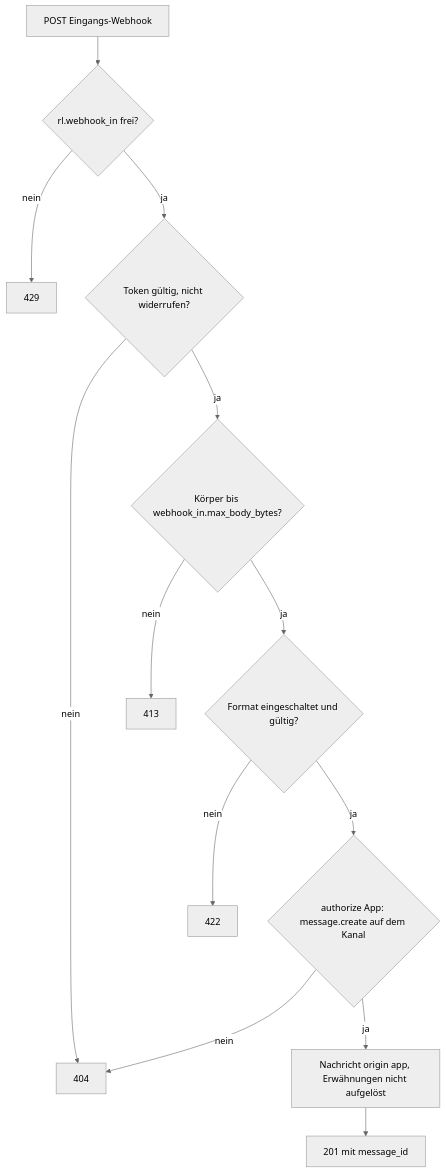
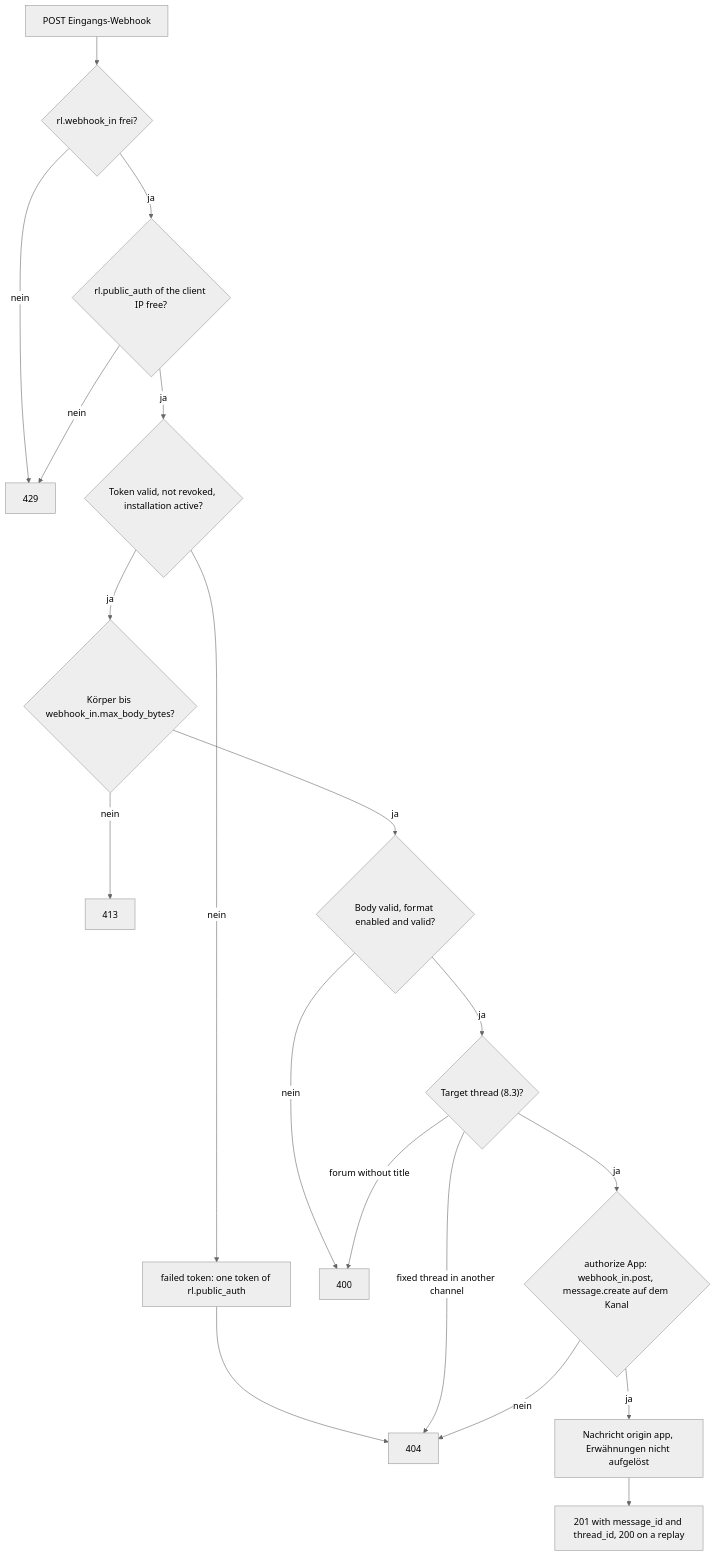
One commit to mguttmann/bothy changed the second of 2 diagrams in docs/spec/11-erweiterungen.md. Above: the diagram before and after it, drawn with Mermaid (neutral theme). The commit also changed other lines of this file and 17 other files, not shown here.

````diff
--- a/docs/spec/11-erweiterungen.md
+++ b/docs/spec/11-erweiterungen.md
@@ -301,15 +339,21 @@
 ```mermaid
 flowchart TD
     R["POST Eingangs-Webhook"] --> RL{"rl.webhook_in frei?"}
     RL -- nein --> E429["429"]
-    RL -- ja --> T{"Token gültig, nicht widerrufen?"}
-    T -- nein --> E404["404"]
+    RL -- ja --> PA{"rl.public_auth of the client IP free?"}
+    PA -- nein --> E429
+    PA -- ja --> T{"Token valid, not revoked, installation active?"}
+    T -- nein --> FT["failed token: one token of rl.public_auth"]
+    FT --> E404["404"]
     T -- ja --> SZ{"Körper bis webhook_in.max_body_bytes?"}
     SZ -- nein --> E413["413"]
-    SZ -- ja --> F{"Format eingeschaltet und gültig?"}
-    F -- nein --> E422["422"]
-    F -- ja --> AZ{"authorize App: message.create auf dem Kanal"}
+    SZ -- ja --> F{"Body valid, format enabled and valid?"}
+    F -- nein --> E400["400"]
+    F -- ja --> TG{"Target thread (8.3)?"}
+    TG -- "fixed thread in another channel" --> E404
+    TG -- "forum without title" --> E400
+    TG -- ja --> AZ{"authorize App: webhook_in.post, message.create auf dem Kanal"}
     AZ -- nein --> E404
     AZ -- ja --> W["Nachricht origin app, Erwähnungen nicht aufgelöst"]
-    W --> OK["201 mit message_id"]
+    W --> OK["201 with message_id and thread_id, 200 on a replay"]
 ```
````
